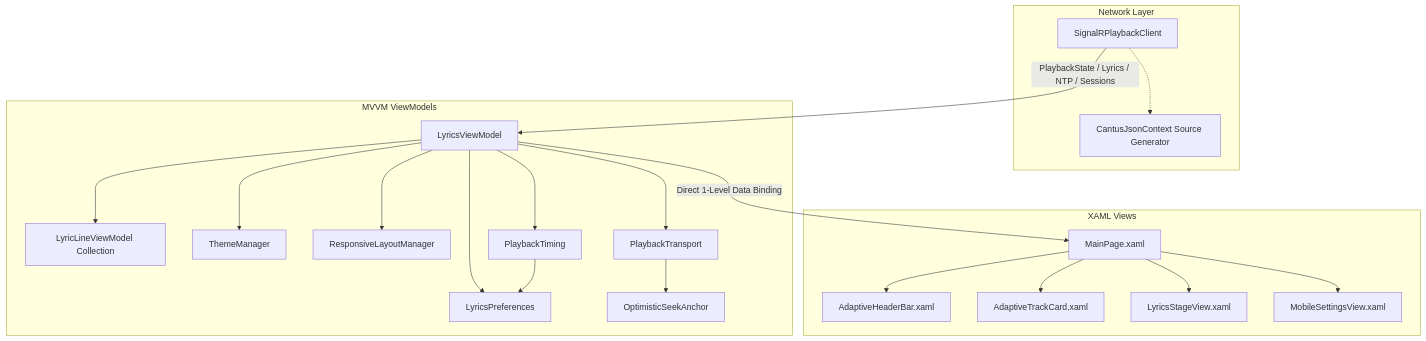
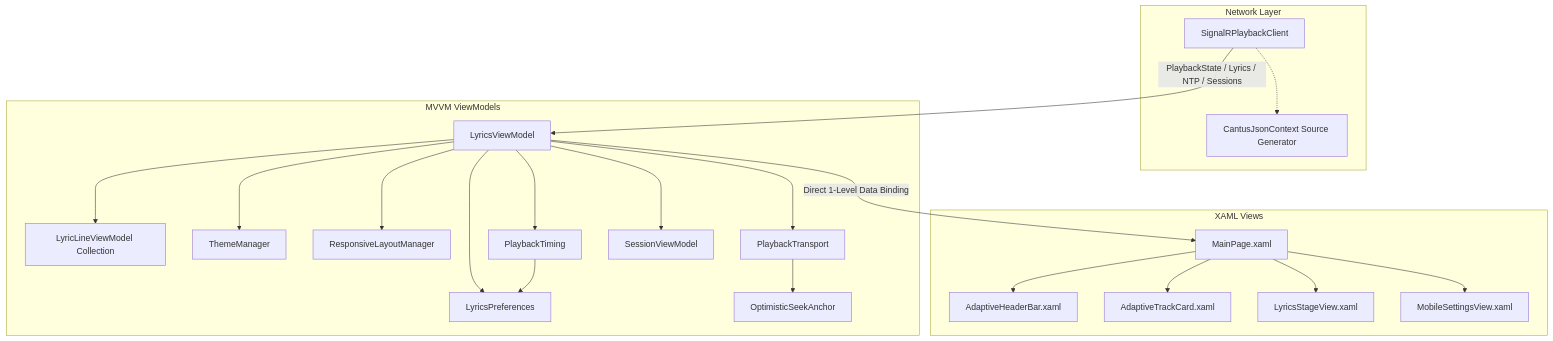
Before and after one commit to jav76/Cantus: the diagram in docs/architecture/client-uno.md, drawn with Mermaid. The commit also changed other lines of this file, not shown here.

Commit message:
docs: describe SessionViewModel in the client architecture page

````diff
--- a/docs/architecture/client-uno.md
+++ b/docs/architecture/client-uno.md
@@ -11,42 +11,44 @@
 ```mermaid
 flowchart TD
     subgraph Network Layer
         SignalR[SignalRPlaybackClient]
         Context[CantusJsonContext Source Generator]
         SignalR -.-> Context
     end
 
     subgraph MVVM ViewModels
         LVM[LyricsViewModel]
         LLVM[LyricLineViewModel Collection]
         Theme[ThemeManager]
         Layout[ResponsiveLayoutManager]
         Prefs[LyricsPreferences]
         Transport[PlaybackTransport]
         Anchor[OptimisticSeekAnchor]
         Timing[PlaybackTiming]
+        Session[SessionViewModel]
         LVM --> LLVM
         LVM --> Theme
         LVM --> Layout
         LVM --> Prefs
         LVM --> Transport
         LVM --> Timing
+        LVM --> Session
         Transport --> Anchor
         Timing --> Prefs
     end
 
     subgraph XAML Views
         MainView[MainPage.xaml]
         Header[AdaptiveHeaderBar.xaml]
         TrackCard[AdaptiveTrackCard.xaml]
         LyricsStage[LyricsStageView.xaml]
         MobileSettings[MobileSettingsView.xaml]
         MainView --> Header
         MainView --> TrackCard
         MainView --> LyricsStage
         MainView --> MobileSettings
     end
 
     SignalR -->|PlaybackState / Lyrics / NTP / Sessions| LVM
     LVM -->|Direct 1-Level Data Binding| MainView
 ```
````
